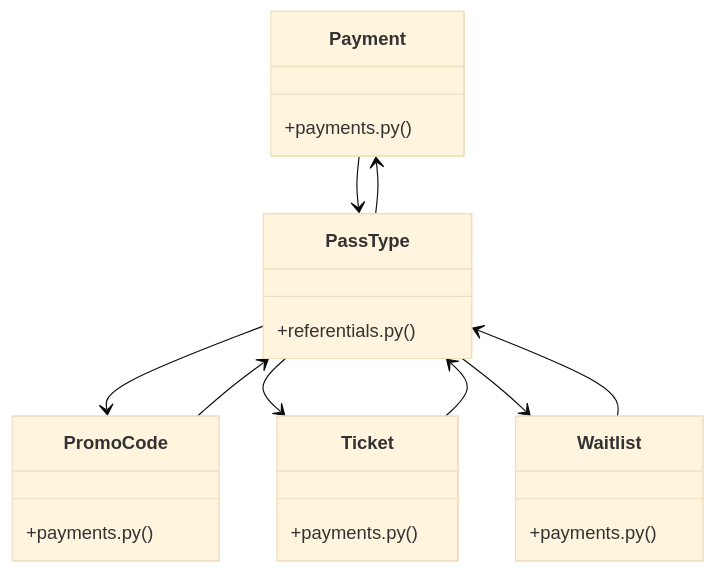
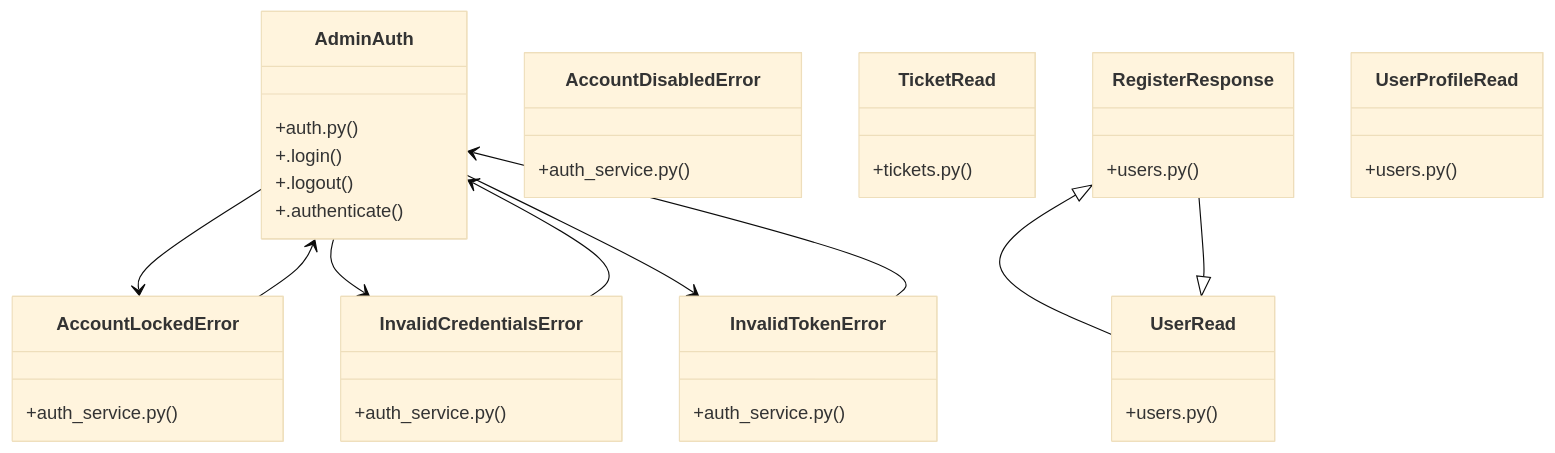
The diagram in graphify-out/wiki/[get_settings()_&_upload_file()]_Cluster.md (adjanayo/synca_conf_back), drawn with Mermaid (base theme) before and after one commit. The commit also changed other lines of this file and 89 other files, not shown here.

Commit message:
docs: journal — rappels waitlist récurrents + regen graphify

````diff
--- a/graphify-out/wiki/[get_settings()_&_upload_file()]_Cluster.md
+++ b/graphify-out/wiki/[get_settings()_&_upload_file()]_Cluster.md
@@ -36,26 +36,41 @@
 ```mermaid
 classDiagram
-    class Payment {
-        +payments.py()
+    class AdminAuth {
+        +auth.py()
+        +.login()
+        +.logout()
+        +.authenticate()
     }
-    class PromoCode {
-        +payments.py()
+    class AccountDisabledError {
+        +auth_service.py()
     }
-    class Ticket {
-        +payments.py()
+    class AccountLockedError {
+        +auth_service.py()
     }
-    class Waitlist {
-        +payments.py()
+    class InvalidCredentialsError {
+        +auth_service.py()
     }
-    class PassType {
-        +referentials.py()
+    class InvalidTokenError {
+        +auth_service.py()
     }
-    Payment --> PassType
-    PromoCode --> PassType
-    Ticket --> PassType
-    Waitlist --> PassType
-    PassType --> PromoCode
-    PassType --> Payment
-    PassType --> Ticket
-    PassType --> Waitlist
+    class TicketRead {
+        +tickets.py()
+    }
+    class RegisterResponse {
+        +users.py()
+    }
+    class UserProfileRead {
+        +users.py()
+    }
+    class UserRead {
+        +users.py()
+    }
+    AdminAuth --> AccountLockedError
+    AdminAuth --> InvalidCredentialsError
+    AdminAuth --> InvalidTokenError
+    AccountLockedError --> AdminAuth
+    InvalidCredentialsError --> AdminAuth
+    InvalidTokenError --> AdminAuth
+    UserRead <|-- RegisterResponse
+    RegisterResponse <|-- UserRead
 ```
````
